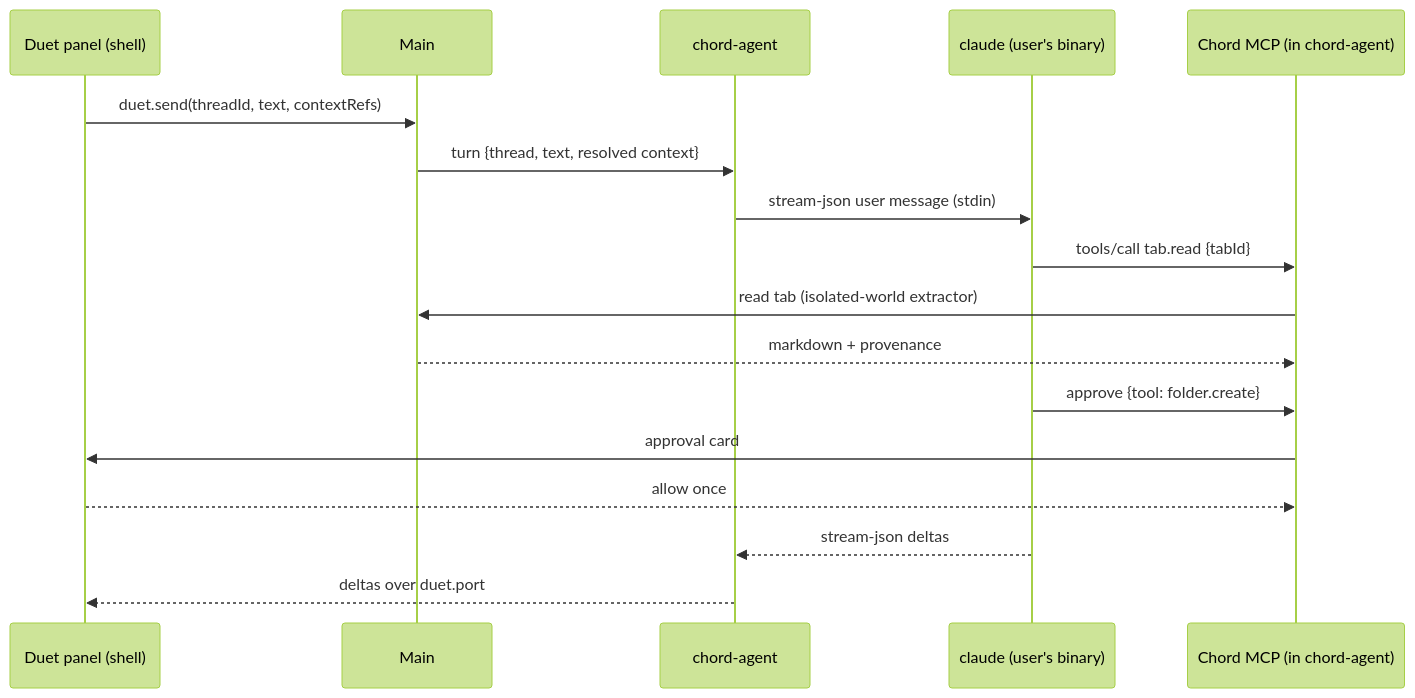
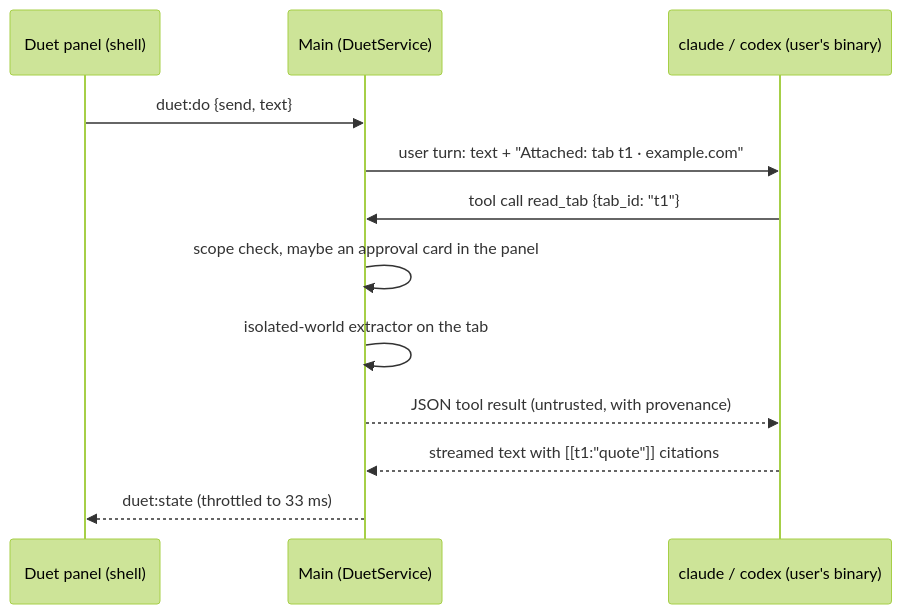
The second of 2 diagrams in ARCHITECTURE.md (anaremore/chord-browser), drawn with Mermaid (forest theme) before and after one commit. The commit also changed other lines of this file and 8 other files, not shown here.

First line of the commit message:
docs: Duet as built (ARCHITECTURE §11, D8-D11, DESIGN §7.8/§8.6, shortcut decided); S10 and S5 decisions; README, release notes, roadmap status

````diff
--- a/ARCHITECTURE.md
+++ b/ARCHITECTURE.md
@@ -599,19 +601,14 @@
 ```mermaid
 sequenceDiagram
   participant U as Duet panel (shell)
-  participant M as Main
-  participant A as chord-agent
-  participant C as claude (user's binary)
-  participant T as Chord MCP (in chord-agent)
-  U->>M: duet.send(threadId, text, contextRefs)
-  M->>A: turn {thread, text, resolved context}
-  A->>C: stream-json user message (stdin)
-  C->>T: tools/call tab.read {tabId}
-  T->>M: read tab (isolated-world extractor)
-  M-->>T: markdown + provenance
-  C->>T: approve {tool: folder.create}
-  T->>U: approval card
-  U-->>T: allow once
-  C-->>A: stream-json deltas
-  A-->>U: deltas over duet.port
+  participant M as Main (DuetService)
+  participant C as claude / codex (user's binary)
+  U->>M: duet:do {send, text}
+  M->>C: user turn: text + "Attached: tab t1 · example.com"
+  C->>M: tool call read_tab {tab_id: "t1"}
+  M->>M: scope check, maybe an approval card in the panel
+  M->>M: isolated-world extractor on the tab
+  M-->>C: JSON tool result (untrusted, with provenance)
+  C-->>M: streamed text with [[t1:"quote"]] citations
+  M-->>U: duet:state (throttled to 33 ms)
 ```
````
